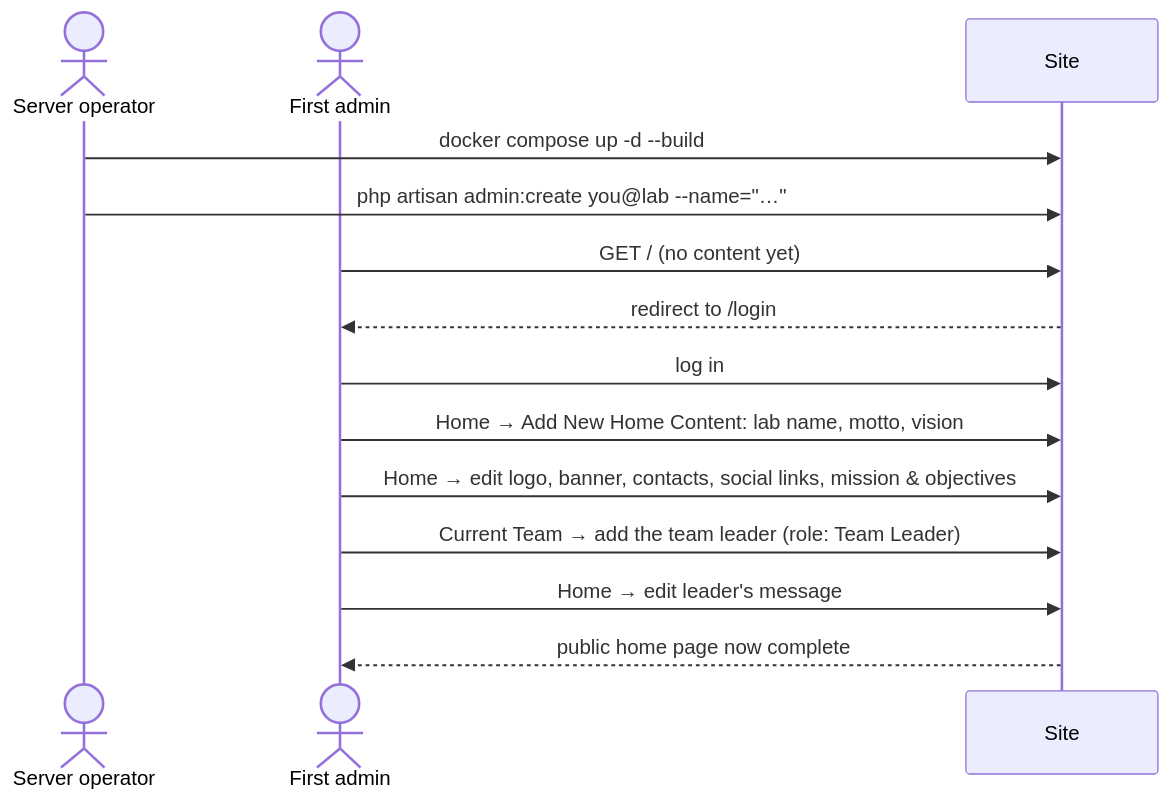
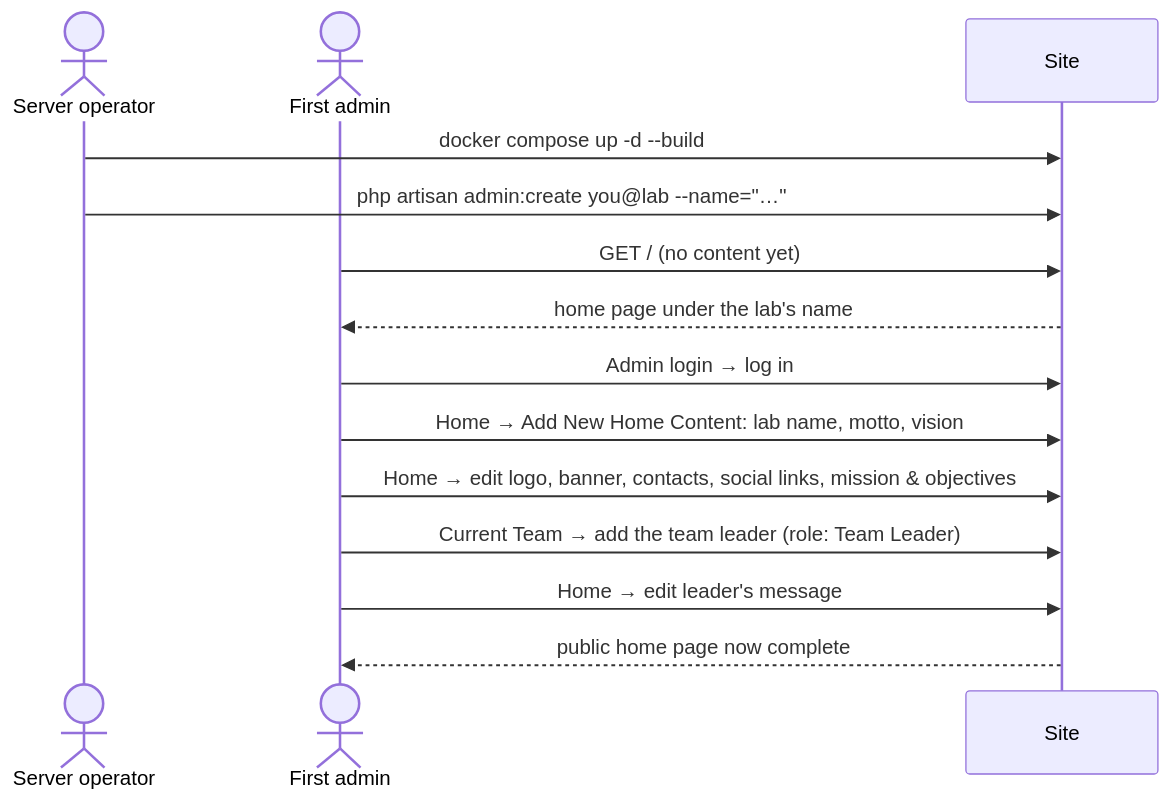
Before and after one commit to ademnea/iot_website: the second of 2 diagrams in docs/workflows.md, drawn with Mermaid. The commit also changed other lines of this file and 11 other files, not shown here.

First line of the commit message:
Show the home page first and expand the README

````diff
--- a/docs/workflows.md
+++ b/docs/workflows.md
@@ -53,16 +55,16 @@
 ```mermaid
 sequenceDiagram
     actor Op as Server operator
     actor Ad as First admin
     participant S as Site
     Op->>S: docker compose up -d --build
     Op->>S: php artisan admin:create you@lab --name="…"
     Ad->>S: GET /  (no content yet)
-    S-->>Ad: redirect to /login
-    Ad->>S: log in
+    S-->>Ad: home page under the lab's name
+    Ad->>S: Admin login → log in
     Ad->>S: Home → Add New Home Content: lab name, motto, vision
     Ad->>S: Home → edit logo, banner, contacts, social links, mission & objectives
     Ad->>S: Current Team → add the team leader (role: Team Leader)
     Ad->>S: Home → edit leader's message
     S-->>Ad: public home page now complete
 ```
````
